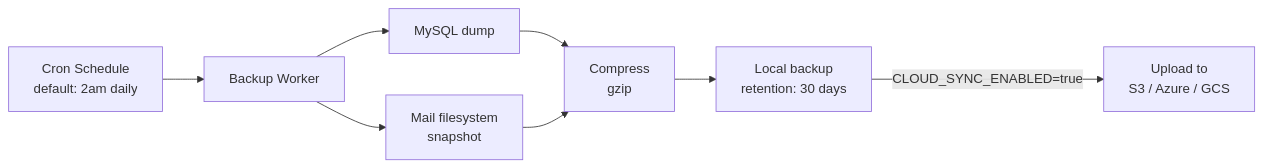
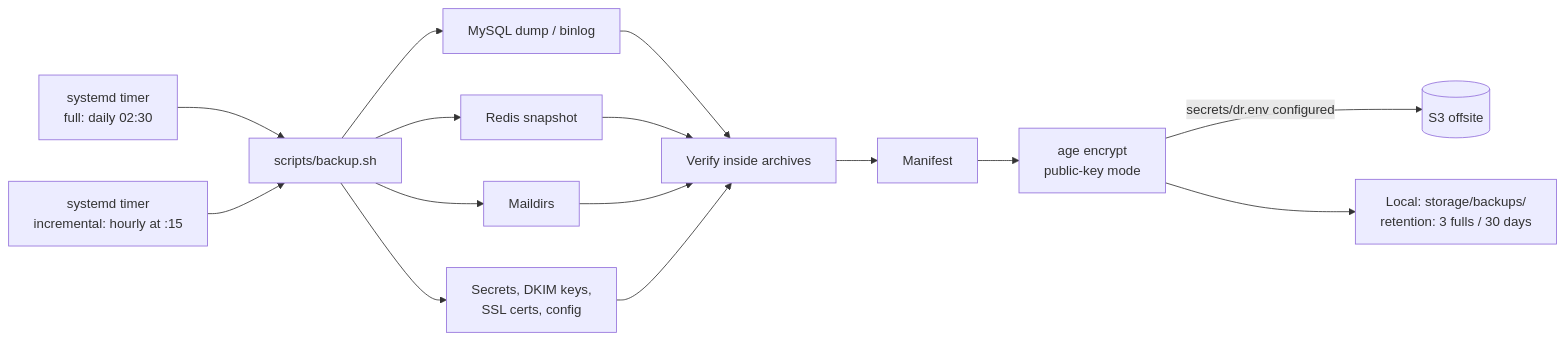
One commit to Techies-Africa/mailyte-mail-server-community changed the diagram in docs/features/backup-restore.md. Above: the diagram before and after it, drawn with Mermaid. The commit also changed other lines of this file and 481 other files, not shown here.

````diff
--- a/docs/features/backup-restore.md
+++ b/docs/features/backup-restore.md
@@ -9,9 +9,14 @@
 ```mermaid
 flowchart LR
-    A[Cron Schedule\ndefault: 2am daily] --> B[Backup Worker]
-    B --> C[MySQL dump]
-    B --> D[Mail filesystem\nsnapshot]
-    C & D --> E[Compress\ngzip]
-    E --> F[Local backup\nretention: 30 days]
-    F -->|CLOUD_SYNC_ENABLED=true| G[Upload to\nS3 / Azure / GCS]
+    T1[systemd timer\nfull: daily 02:30] --> B[scripts/backup.sh]
+    T2[systemd timer\nincremental: hourly at :15] --> B
+    B --> C[MySQL dump / binlog]
+    B --> D[Redis snapshot]
+    B --> E[Maildirs]
+    B --> F[Secrets, DKIM keys,\nSSL certs, config]
+    C & D & E & F --> V[Verify inside archives]
+    V --> M[Manifest]
+    M --> G[age encrypt\npublic-key mode]
+    G -->|secrets/dr.env configured| H[(S3 offsite)]
+    G --> I[Local: storage/backups/\nretention: 3 fulls / 30 days]
 ```
````
